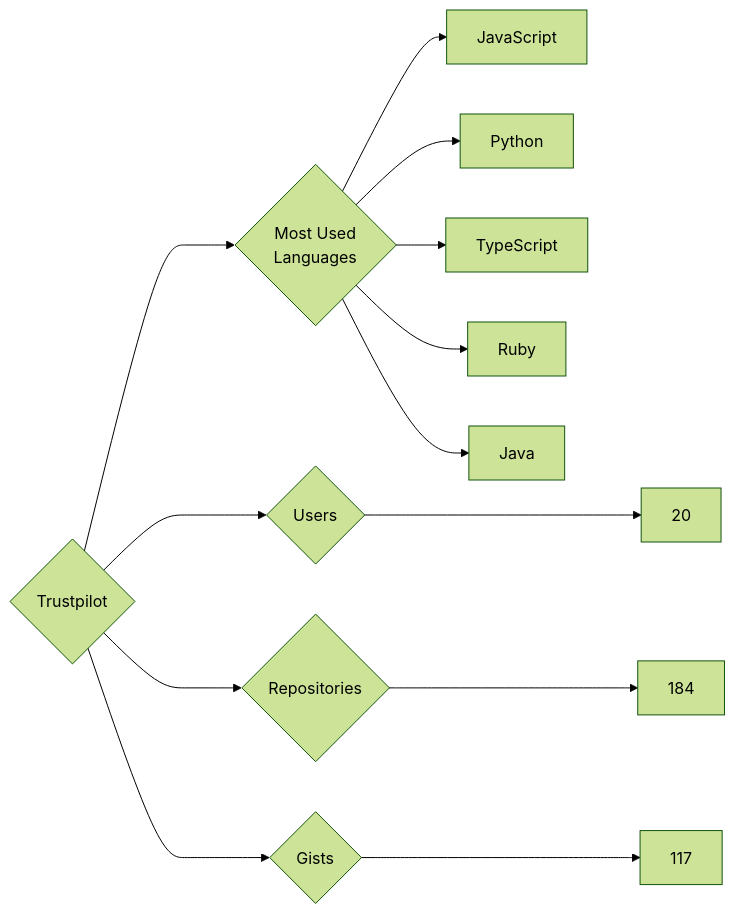
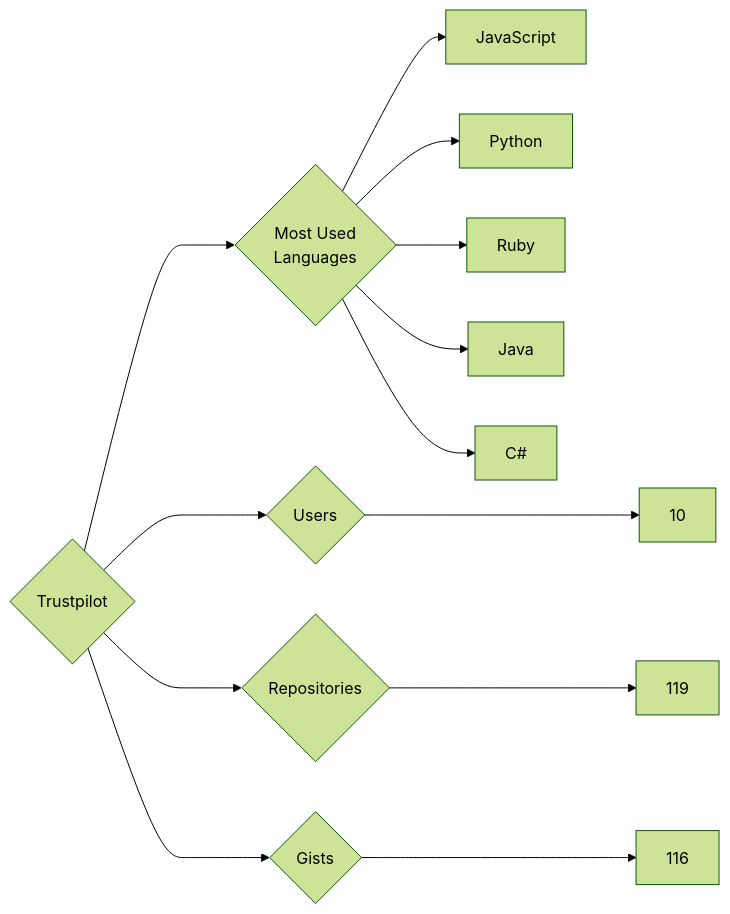
One commit to trickest/insiders changed the diagram in targets/Trustpilot/README.md. Above: the diagram before and after it, drawn with Mermaid (forest theme). The commit also changed 765 other files, not shown here.

````diff
--- a/targets/Trustpilot/README.md
+++ b/targets/Trustpilot/README.md
@@ -3,13 +3,13 @@
 ```mermaid
 graph LR
 COMPANY_NAME{Trustpilot}
-COMPANY_NAME ---> U{Users} ---> UN[20]
-COMPANY_NAME ---> R{Repositories} ---> RN[184]
-COMPANY_NAME ---> G{Gists} ---> GN[117]
+COMPANY_NAME ---> U{Users} ---> UN[10]
+COMPANY_NAME ---> R{Repositories} ---> RN[119]
+COMPANY_NAME ---> G{Gists} ---> GN[116]
 COMPANY_NAME ---> ML{Most Used<br>Languages}
 ML --> JavaScript[JavaScript]
 ML --> Python[Python]
-ML --> TypeScript[TypeScript]
 ML --> Ruby[Ruby]
 ML --> Java[Java]
+ML --> C#[C#]
 ```
````
